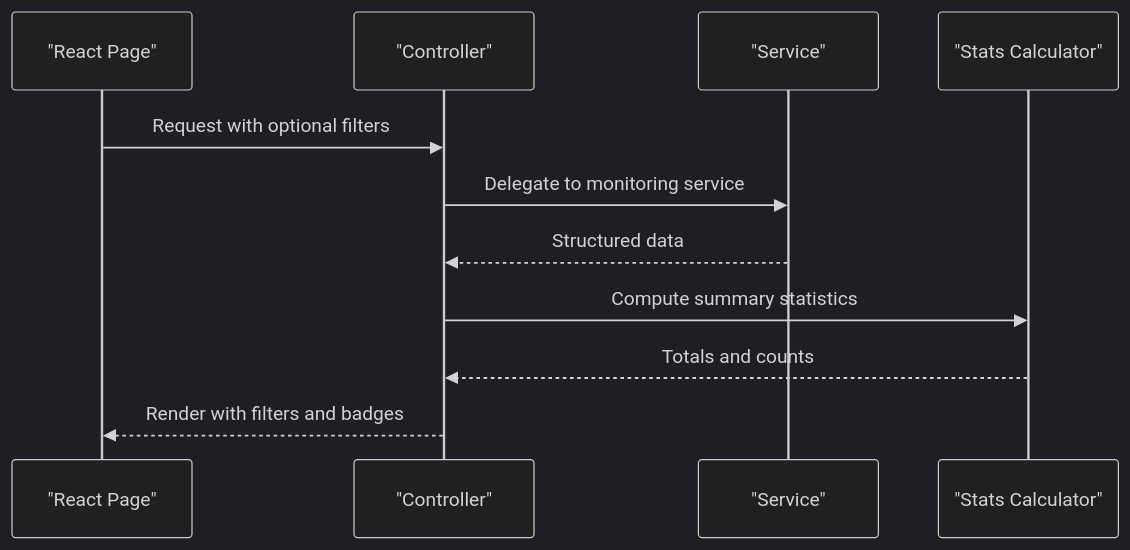
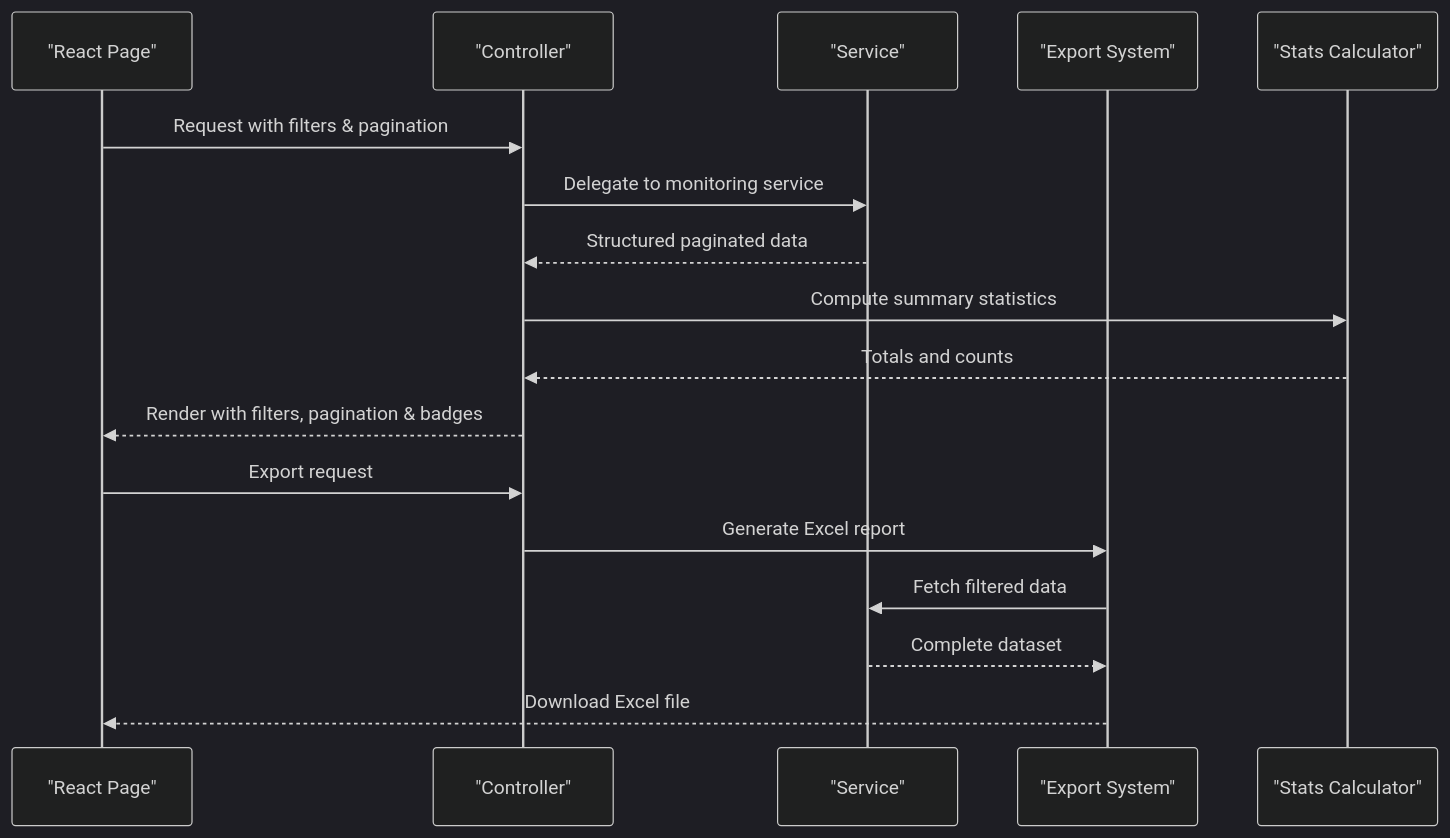
Before and after one commit to PA-Penajam/kepegawaian_apps: the fifth of 7 diagrams in .qoder/repowiki/en/content/Monitoring and Analytics System/Monitoring and Analytics System.md, drawn with Mermaid (dark theme). The commit also changed other lines of this file and 22 other files, not shown here.

````diff
--- a/.qoder/repowiki/en/content/Monitoring and Analytics System/Monitoring and Analytics System.md
+++ b/.qoder/repowiki/en/content/Monitoring and Analytics System/Monitoring and Analytics System.md
@@ -219,13 +277,19 @@
 ```mermaid
 sequenceDiagram
 participant UI as "React Page"
 participant Ctrl as "Controller"
 participant Svc as "Service"
+participant Export as "Export System"
 participant Stats as "Stats Calculator"
-UI->>Ctrl : Request with optional filters
+UI->>Ctrl : Request with filters & pagination
 Ctrl->>Svc : Delegate to monitoring service
-Svc-->>Ctrl : Structured data
+Svc-->>Ctrl : Structured paginated data
 Ctrl->>Stats : Compute summary statistics
 Stats-->>Ctrl : Totals and counts
-Ctrl-->>UI : Render with filters and badges
+Ctrl-->>UI : Render with filters, pagination & badges
+UI->>Ctrl : Export request
+Ctrl->>Export : Generate Excel report
+Export->>Svc : Fetch filtered data
+Svc-->>Export : Complete dataset
+Export-->>UI : Download Excel file
 ```
````
